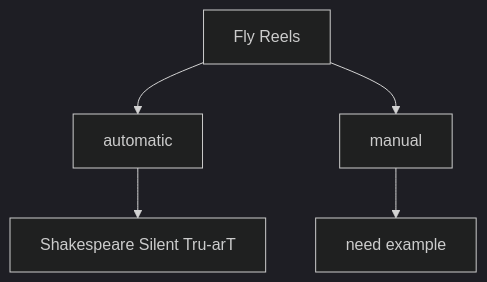
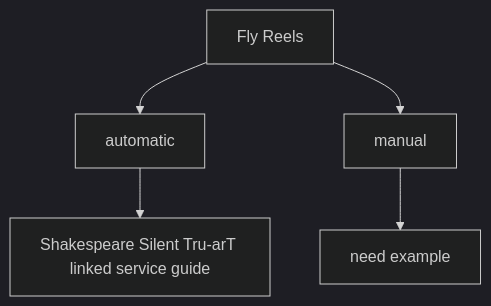
Before and after one commit to john-tech-writer/vintage-reel-service-guides: the diagram in docs/fly-reels.md, drawn with Mermaid (dark theme). The commit also changed 7 other files, not shown here.

````diff
--- a/docs/fly-reels.md
+++ b/docs/fly-reels.md
@@ -7,11 +7,12 @@
 ```mermaid
 
 flowchart TD
   A[Fly Reels]
   A --> B[automatic]
   A --> C[manual]
 
-  B --> B1[Shakespeare Silent Tru-arT]
+  B --> B1[Shakespeare Silent Tru-arT linked service guide]
+  click B1 "/vintage-reel-service-guides/shakespeare/shakespeare-silent-tru-art-service-guide/"
 
   C --> C1[need example]
 ```
````
